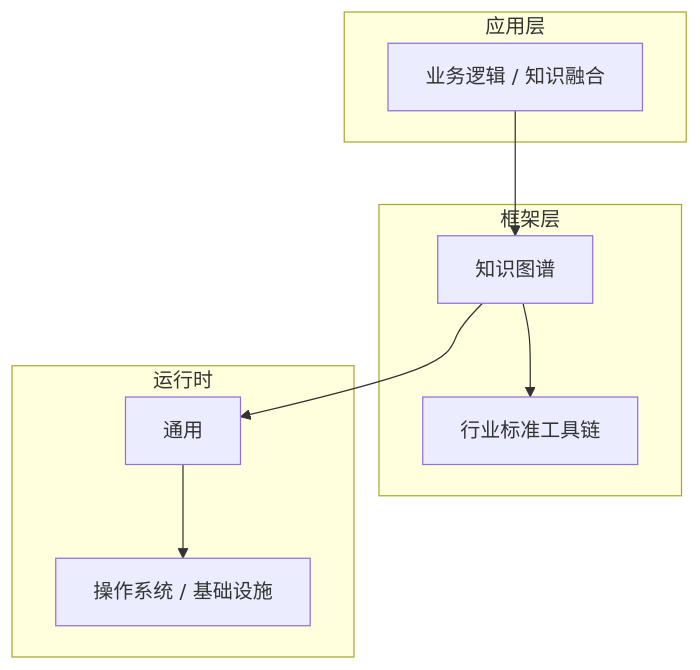
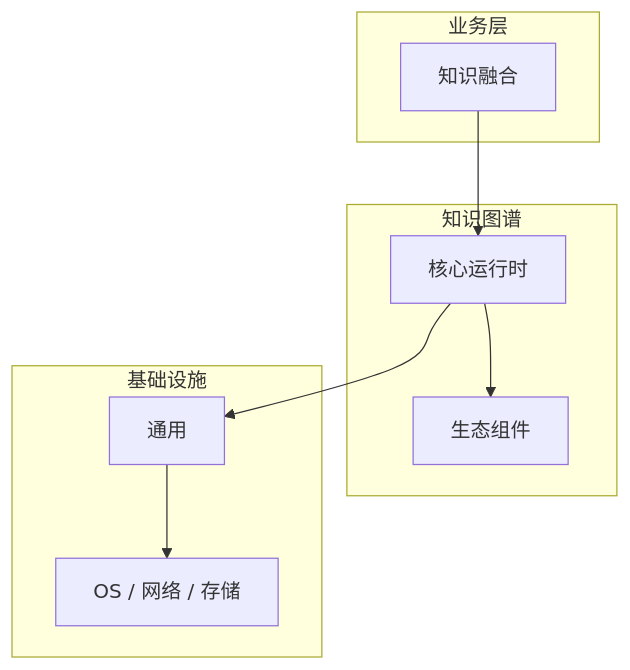
Before and after one commit to yanggan2015/knowledge-json-v2: the diagram in articles/知识图谱/chapters/031-知识融合核心概念与原理.md, drawn with Mermaid. The commit also changed other lines of this file and 10127 other files, not shown here.

````diff
--- a/articles/知识图谱/chapters/031-知识融合核心概念与原理.md
+++ b/articles/知识图谱/chapters/031-知识融合核心概念与原理.md
@@ -45,18 +30,18 @@
 ```mermaid
 graph TB
-    subgraph 应用层
-        A[业务逻辑 / 知识融合]
+    subgraph 业务层
+        A[知识融合]
     end
-    subgraph 框架层
-        B[知识图谱]
-        C[行业标准工具链]
+    subgraph 知识图谱
+        B[核心运行时]
+        C[生态组件]
     end
-    subgraph 运行时
+    subgraph 基础设施
         D[通用]
-        E[操作系统 / 基础设施]
+        E[OS / 网络 / 存储]
     end
     A --> B
     B --> C
     B --> D
     D --> E
 ```
````
